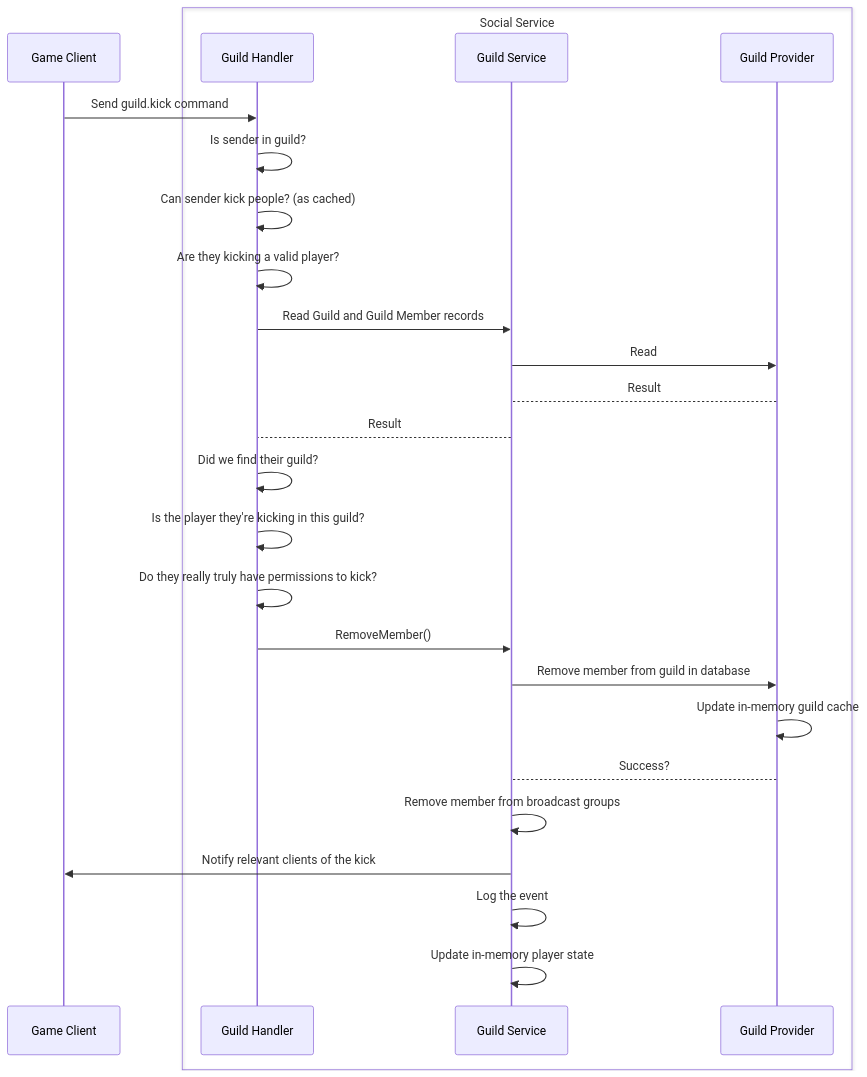
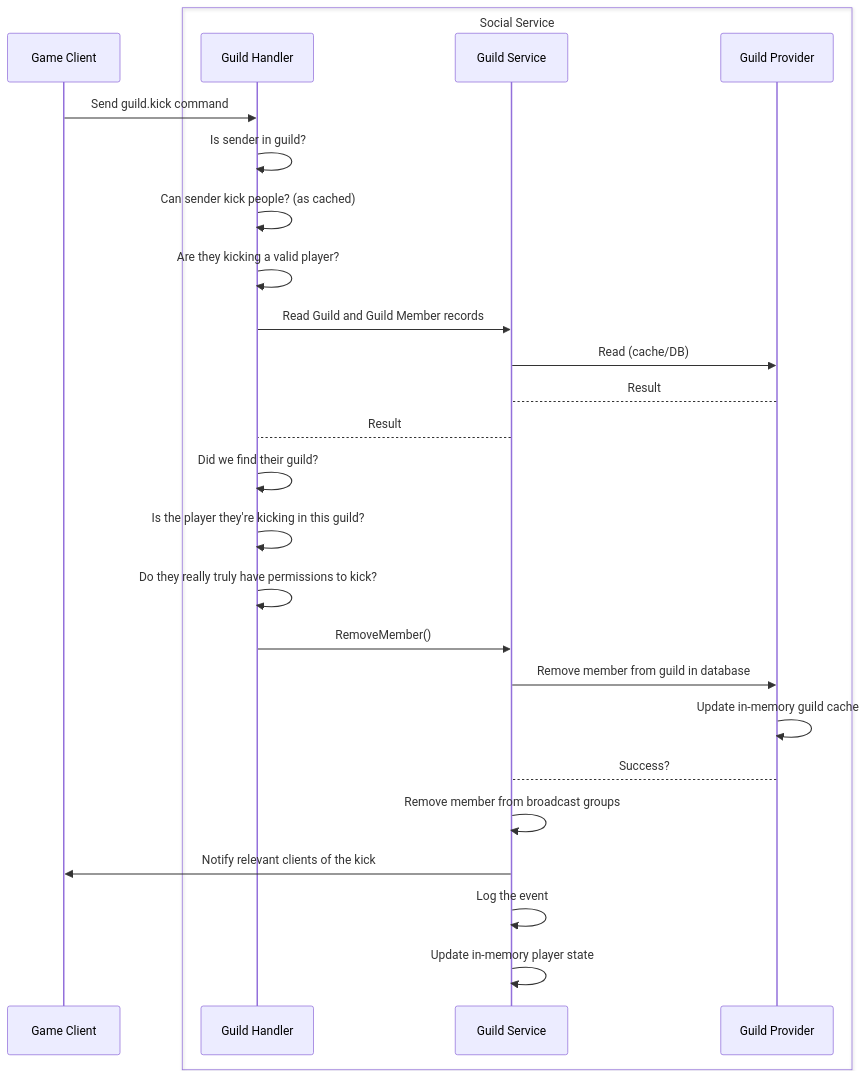
One commit to sand32/s10n changed the diagram in content/projects/embers/index.md. Above: the diagram before and after it, drawn with Mermaid. The commit also changed other lines of this file, not shown here.

```diff
--- a/content/projects/embers/index.md
+++ b/content/projects/embers/index.md
@@ -59,28 +59,28 @@
 {{< mermaid >}}
 sequenceDiagram
     participant client as Game Client
     box Social Service
         participant handler as Guild Handler
         participant service as Guild Service
         participant provider as Guild Provider
     end
     client->>handler: Send guild.kick command
     handler->>handler: Is sender in guild?
     handler->>handler: Can sender kick people? (as cached)
     handler->>handler: Are they kicking a valid player?
     handler->>service: Read Guild and Guild Member records
-    service->>provider: Read
+    service->>provider: Read (cache/DB)
     provider-->service: Result
     service-->handler: Result
     handler->>handler: Did we find their guild?
     handler->>handler: Is the player they're kicking in this guild?
     handler->>handler: Do they really truly have permissions to kick?
     handler->>service: RemoveMember()
     service->>provider: Remove member from guild in database
     provider->>provider: Update in-memory guild cache
     provider-->service: Success?
     service->>service: Remove member from broadcast groups
     service->>client: Notify relevant clients of the kick
     service->>service: Log the event
     service->>service: Update in-memory player state
 {{< /mermaid >}}
```
